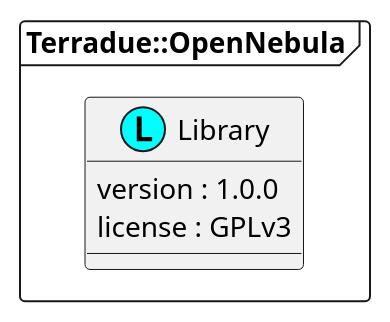
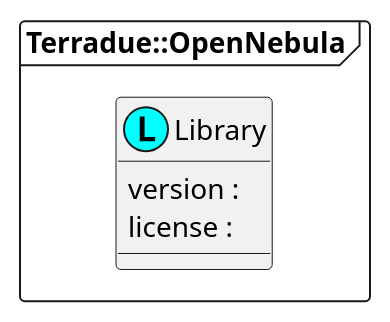
One commit to urban-tep/DDF-SDD changed the diagram in source/namespaces/namespace_terradue_1_1_open_nebula.iuml. Above: the diagram before and after it, drawn with PlantUML. The commit also changed 13 other files, not shown here.

```diff
--- a/source/namespaces/namespace_terradue_1_1_open_nebula.iuml
+++ b/source/namespaces/namespace_terradue_1_1_open_nebula.iuml
@@ -1,8 +1,8 @@
 @startuml
 package "Terradue::OpenNebula" <<Frame>> {
   class "Library" as namespace_terradue_1_1_open_nebula << (L, cyan) >> [[../technology/packages/namespace_terradue_1_1_open_nebula.html]] {
-     version : 1.0.0 
-     license : GPLv3
+     version : 
+     license : 
   }
 }
 @enduml
```
